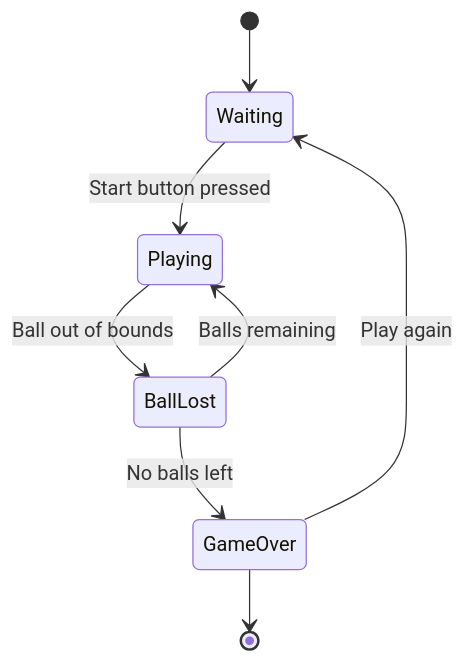
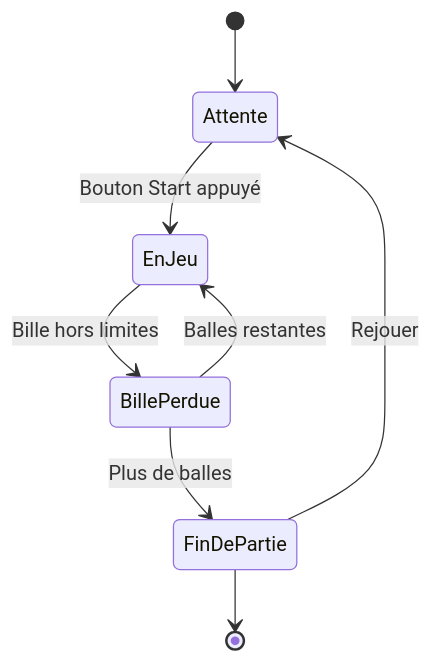
The diagram in uml/state-diagram.mmd (FlipGame-Hetic/product), drawn with Mermaid before and after one commit.

Commit message:
docs/uml: update state diagram labels to French

```diff
--- a/uml/state-diagram.mmd
+++ b/uml/state-diagram.mmd
@@ -1,13 +1,13 @@
 stateDiagram-v2
-    [*] --> Waiting
+    [*] --> Attente
 
-    Waiting --> Playing : Start button pressed
+    Attente --> EnJeu : Bouton Start appuyé
 
-    Playing --> BallLost : Ball out of bounds
+    EnJeu --> BillePerdue : Bille hors limites
 
-    BallLost --> Playing : Balls remaining
-    BallLost --> GameOver : No balls left
+    BillePerdue --> EnJeu : Balles restantes
+    BillePerdue --> FinDePartie : Plus de balles
 
-    GameOver --> Waiting : Play again
+    FinDePartie --> Attente : Rejouer
 
-    GameOver --> [*]
+    FinDePartie --> [*]
```
